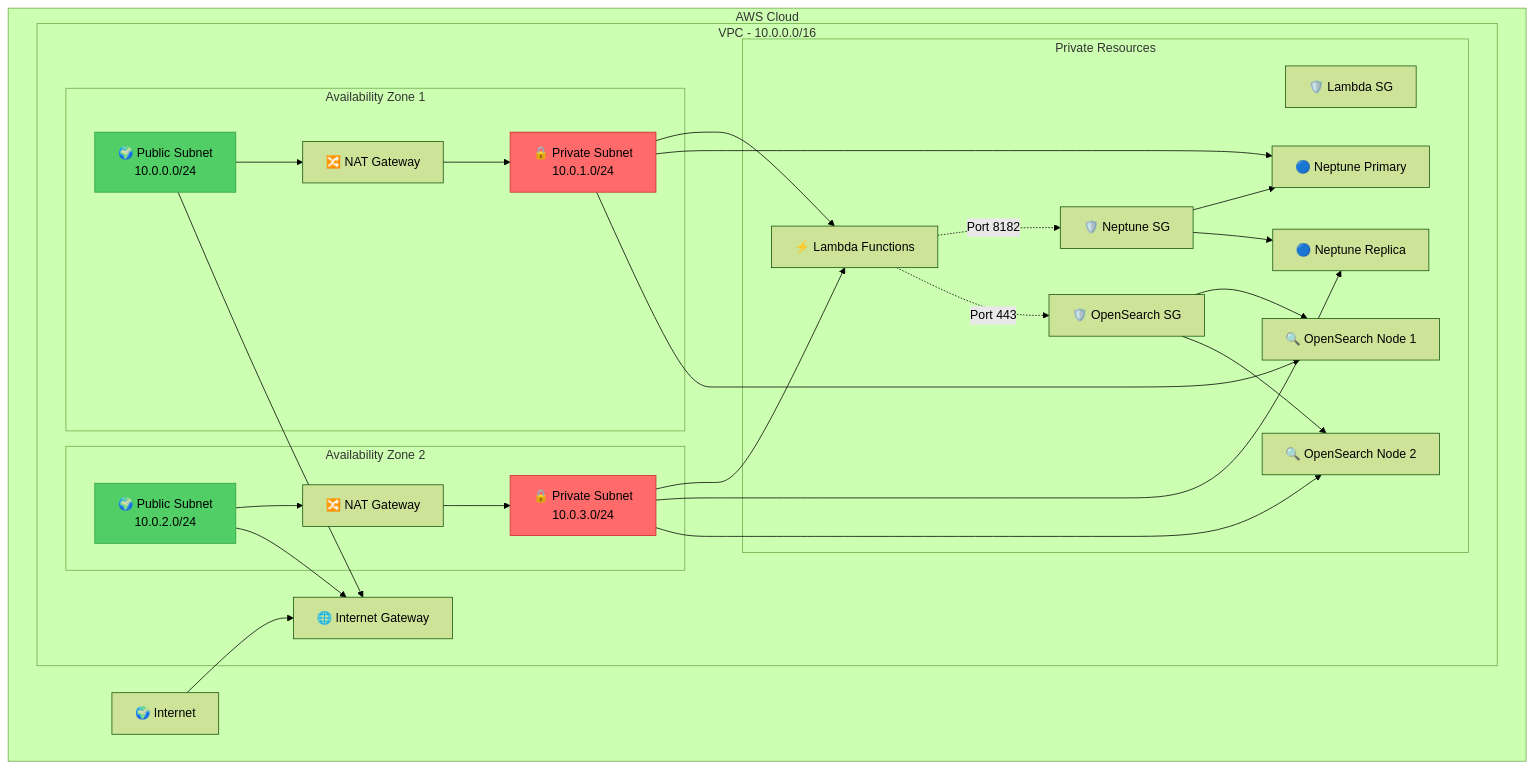
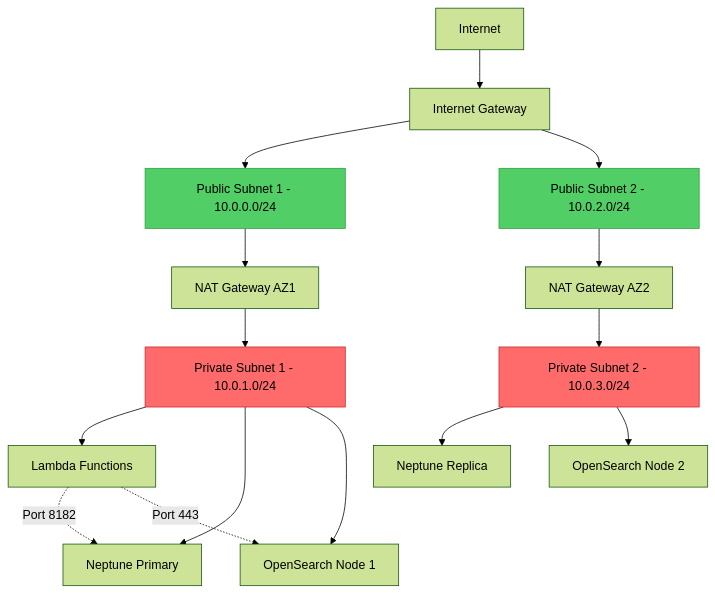
The fifth of 12 diagrams in ARCHITECTURE_DIAGRAM.md (asko123/ontology_IAC_AWS_CDK), drawn with Mermaid (forest theme) before and after one commit. The commit also changed other lines of this file, not shown here.

First line of the commit message:
Fix Mermaid syntax errors in architecture diagrams

````diff
--- a/ARCHITECTURE_DIAGRAM.md
+++ b/ARCHITECTURE_DIAGRAM.md
@@ -285,68 +196,36 @@
 ```mermaid
 graph TB
-    subgraph "AWS Cloud"
-        subgraph "VPC - 10.0.0.0/16"
-            subgraph "Availability Zone 1"
-                PublicSubnet1[🌍 Public Subnet<br/>10.0.0.0/24]
-                PrivateSubnet1[🔒 Private Subnet<br/>10.0.1.0/24]
-                
-                NAT1[🔀 NAT Gateway]
-                
-                PublicSubnet1 --> NAT1
-                NAT1 --> PrivateSubnet1
-            end
-            
-            subgraph "Availability Zone 2"
-                PublicSubnet2[🌍 Public Subnet<br/>10.0.2.0/24]
-                PrivateSubnet2[🔒 Private Subnet<br/>10.0.3.0/24]
-                
-                NAT2[🔀 NAT Gateway]
-                
-                PublicSubnet2 --> NAT2
-                NAT2 --> PrivateSubnet2
-            end
-            
-            subgraph "Private Resources"
-                LambdaSG[🛡️ Lambda SG]
-                NeptuneSG[🛡️ Neptune SG]
-                OSSG[🛡️ OpenSearch SG]
-                
-                Lambda1[⚡ Lambda Functions]
-                Neptune1[🔵 Neptune Primary]
-                Neptune2[🔵 Neptune Replica]
-                OS1[🔍 OpenSearch Node 1]
-                OS2[🔍 OpenSearch Node 2]
-                
-                Lambda1 -.->|Port 8182| NeptuneSG
-                Lambda1 -.->|Port 443| OSSG
-                
-                NeptuneSG --> Neptune1
-                NeptuneSG --> Neptune2
-                OSSG --> OS1
-                OSSG --> OS2
-            end
-            
-            IGW[🌐 Internet Gateway]
-            
-            PublicSubnet1 --> IGW
-            PublicSubnet2 --> IGW
-            
-            PrivateSubnet1 --> Lambda1
-            PrivateSubnet2 --> Lambda1
-            
-            PrivateSubnet1 --> Neptune1
-            PrivateSubnet2 --> Neptune2
-            
-            PrivateSubnet1 --> OS1
-            PrivateSubnet2 --> OS2
-        end
-        
-        Internet[🌍 Internet]
-        Internet --> IGW
-    end
+    Internet["Internet"]
+    IGW["Internet Gateway"]
+    NAT1["NAT Gateway AZ1"]
+    NAT2["NAT Gateway AZ2"]
+    PublicSubnet1["Public Subnet 1 - 10.0.0.0/24"]
+    PublicSubnet2["Public Subnet 2 - 10.0.2.0/24"]
+    PrivateSubnet1["Private Subnet 1 - 10.0.1.0/24"]
+    PrivateSubnet2["Private Subnet 2 - 10.0.3.0/24"]
+    Lambda1["Lambda Functions"]
+    Neptune1["Neptune Primary"]
+    Neptune2["Neptune Replica"]
+    OS1["OpenSearch Node 1"]
+    OS2["OpenSearch Node 2"]
+
+    Internet --> IGW
+    IGW --> PublicSubnet1
+    IGW --> PublicSubnet2
+    PublicSubnet1 --> NAT1
+    PublicSubnet2 --> NAT2
+    NAT1 --> PrivateSubnet1
+    NAT2 --> PrivateSubnet2
+    PrivateSubnet1 --> Lambda1
+    PrivateSubnet1 --> Neptune1
+    PrivateSubnet1 --> OS1
+    PrivateSubnet2 --> Neptune2
+    PrivateSubnet2 --> OS2
+    Lambda1 -.->|Port 8182| Neptune1
+    Lambda1 -.->|Port 443| OS1
 
     style PrivateSubnet1 fill:#FF6B6B,stroke:#C92A2A
     style PrivateSubnet2 fill:#FF6B6B,stroke:#C92A2A
     style PublicSubnet1 fill:#51CF66,stroke:#2F9E44
     style PublicSubnet2 fill:#51CF66,stroke:#2F9E44
 ```
````
